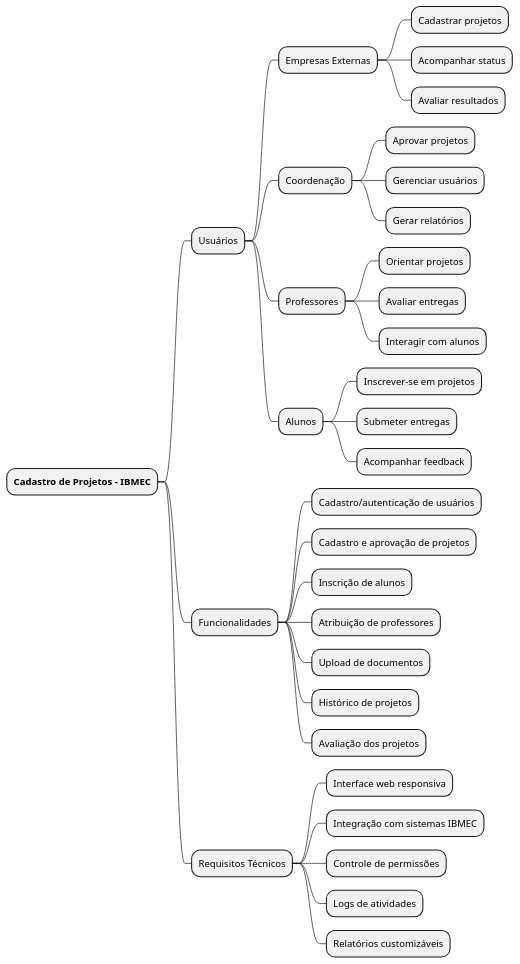
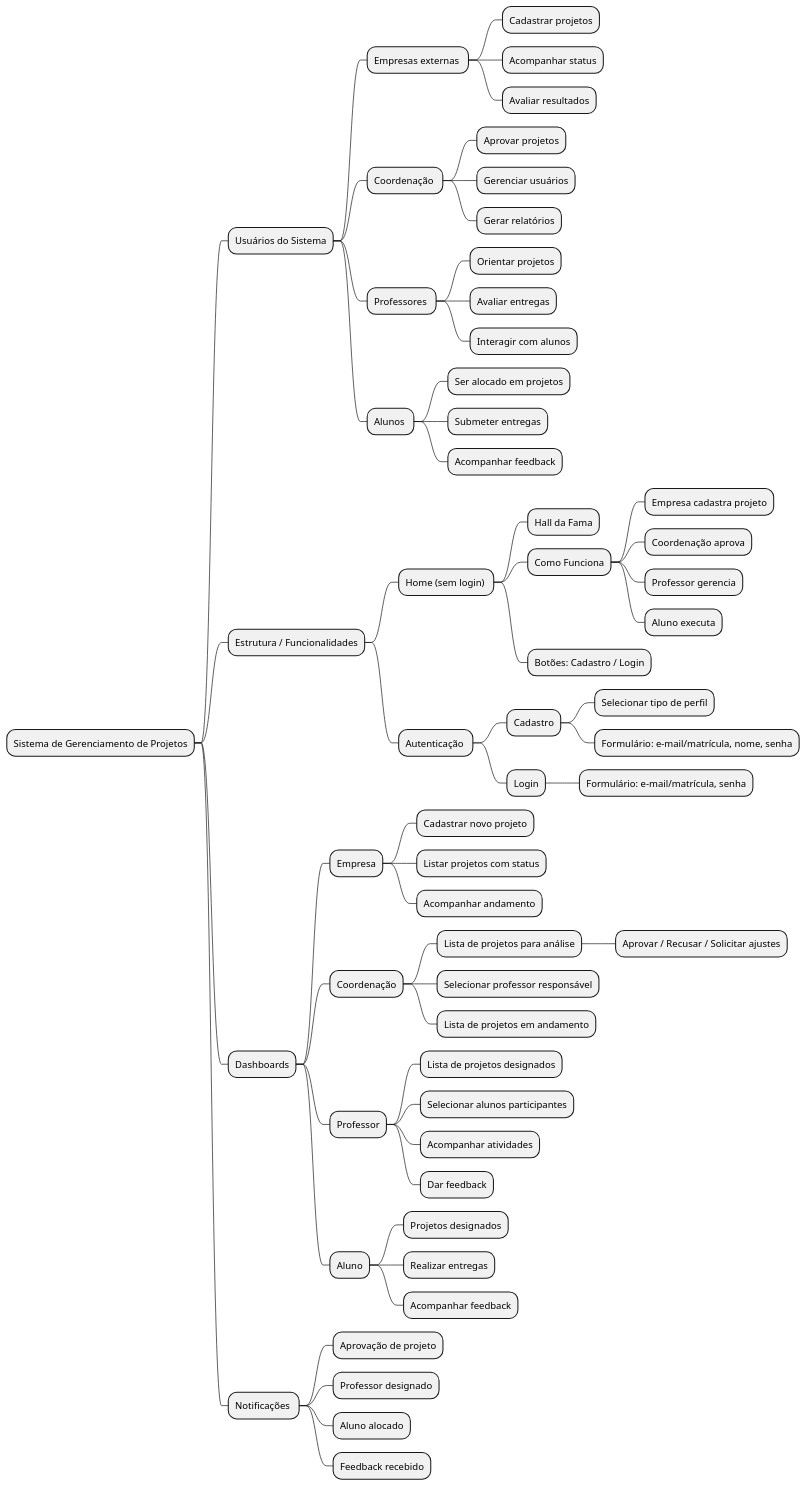
The diagram in mapamental.puml (Projetos-de-Extensao/PFE_25.2_8003_I), drawn with PlantUML before and after one commit. The commit also changed other lines of this file and 4 other files, not shown here.

```diff
--- a/mapamental.puml
+++ b/mapamental.puml
@@ -1,34 +1,62 @@
 @startmindmap mapamental
-* **Cadastro de Projetos - IBMEC**
-** Usuários
-*** Empresas Externas
+* Sistema de Gerenciamento de Projetos
+** Usuários do Sistema
+*** Empresas externas 
 **** Cadastrar projetos
 **** Acompanhar status
 **** Avaliar resultados
-*** Coordenação
+*** Coordenação 
 **** Aprovar projetos
 **** Gerenciar usuários
 **** Gerar relatórios
-*** Professores
+*** Professores 
 **** Orientar projetos
 **** Avaliar entregas
 **** Interagir com alunos
-*** Alunos
-**** Inscrever-se em projetos
+*** Alunos 
+**** Ser alocado em projetos
 **** Submeter entregas
 **** Acompanhar feedback
-** Funcionalidades
-*** Cadastro/autenticação de usuários
-*** Cadastro e aprovação de projetos
-*** Inscrição de alunos
-*** Atribuição de professores
-*** Upload de documentos
-*** Histórico de projetos
-*** Avaliação dos projetos
-** Requisitos Técnicos
-*** Interface web responsiva
-*** Integração com sistemas IBMEC
-*** Controle de permissões
-*** Logs de atividades
-*** Relatórios customizáveis
+
+** Estrutura / Funcionalidades
+*** Home (sem login) 
+**** Hall da Fama
+**** Como Funciona
+***** Empresa cadastra projeto
+***** Coordenação aprova
+***** Professor gerencia
+***** Aluno executa
+**** Botões: Cadastro / Login
+*** Autenticação 
+**** Cadastro
+***** Selecionar tipo de perfil
+***** Formulário: e-mail/matrícula, nome, senha
+**** Login
+***** Formulário: e-mail/matrícula, senha
+
+** Dashboards
+*** Empresa
+**** Cadastrar novo projeto
+**** Listar projetos com status
+**** Acompanhar andamento
+*** Coordenação
+**** Lista de projetos para análise
+***** Aprovar / Recusar / Solicitar ajustes
+**** Selecionar professor responsável
+**** Lista de projetos em andamento
+*** Professor
+**** Lista de projetos designados
+**** Selecionar alunos participantes
+**** Acompanhar atividades
+**** Dar feedback
+*** Aluno
+**** Projetos designados
+**** Realizar entregas
+**** Acompanhar feedback
+
+** Notificações 
+*** Aprovação de projeto
+*** Professor designado
+*** Aluno alocado
+*** Feedback recebido
 @endmindmap
```
